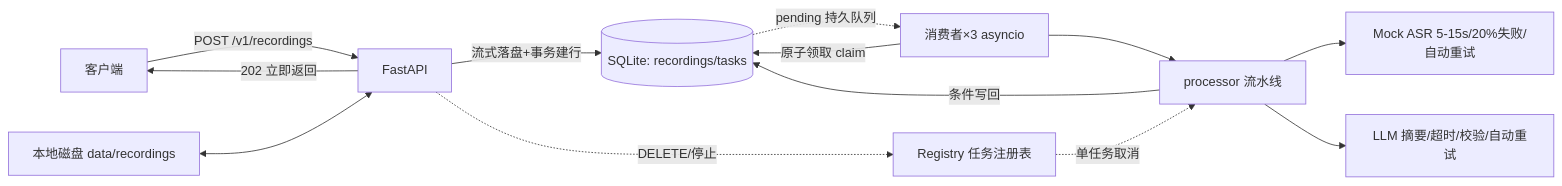
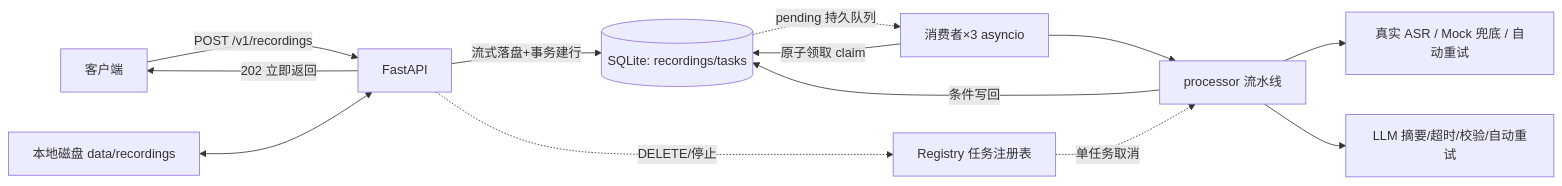
Before and after one commit to lvxq333/AudioMuse: the diagram in AudioMuse/README.md, drawn with Mermaid. The commit also changed other lines of this file and 17 other files, not shown here.

````diff
--- a/AudioMuse/README.md
+++ b/AudioMuse/README.md
@@ -72,15 +90,15 @@
 ```mermaid
 flowchart LR
     C[客户端] -->|POST /v1/recordings| API[FastAPI]
     API -->|流式落盘+事务建行| DB[(SQLite: recordings/tasks)]
     API -->|202 立即返回| C
     DB -.pending 持久队列.-> W[消费者×3 asyncio]
     W -->|原子领取 claim| DB
     W --> P[processor 流水线]
-    P --> A[Mock ASR 5-15s/20%失败/自动重试]
+    P --> A[真实 ASR / Mock 兜底 / 自动重试]
     P --> L[LLM 摘要/超时/校验/自动重试]
     P -->|条件写回| DB
     R[Registry 任务注册表] -.单任务取消.-> P
     API -.DELETE/停止.-> R
     F[本地磁盘 data/recordings] <--> API
 ```
````
